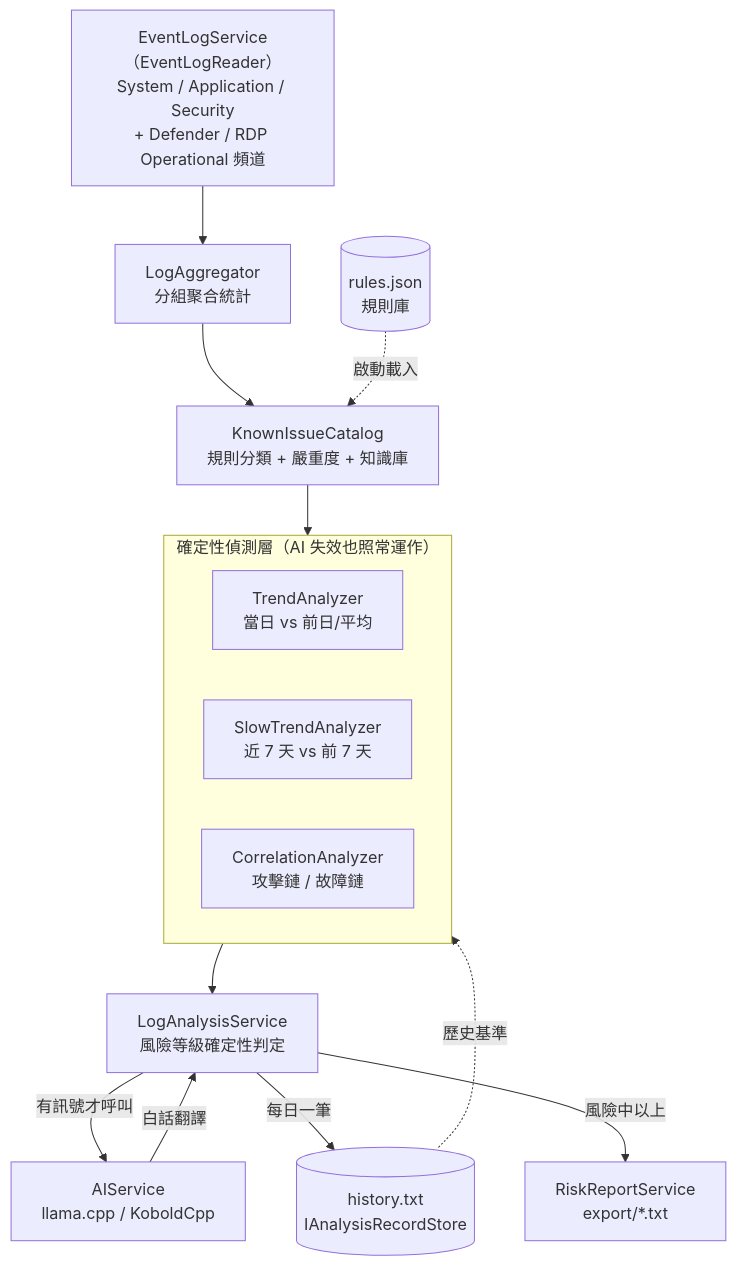
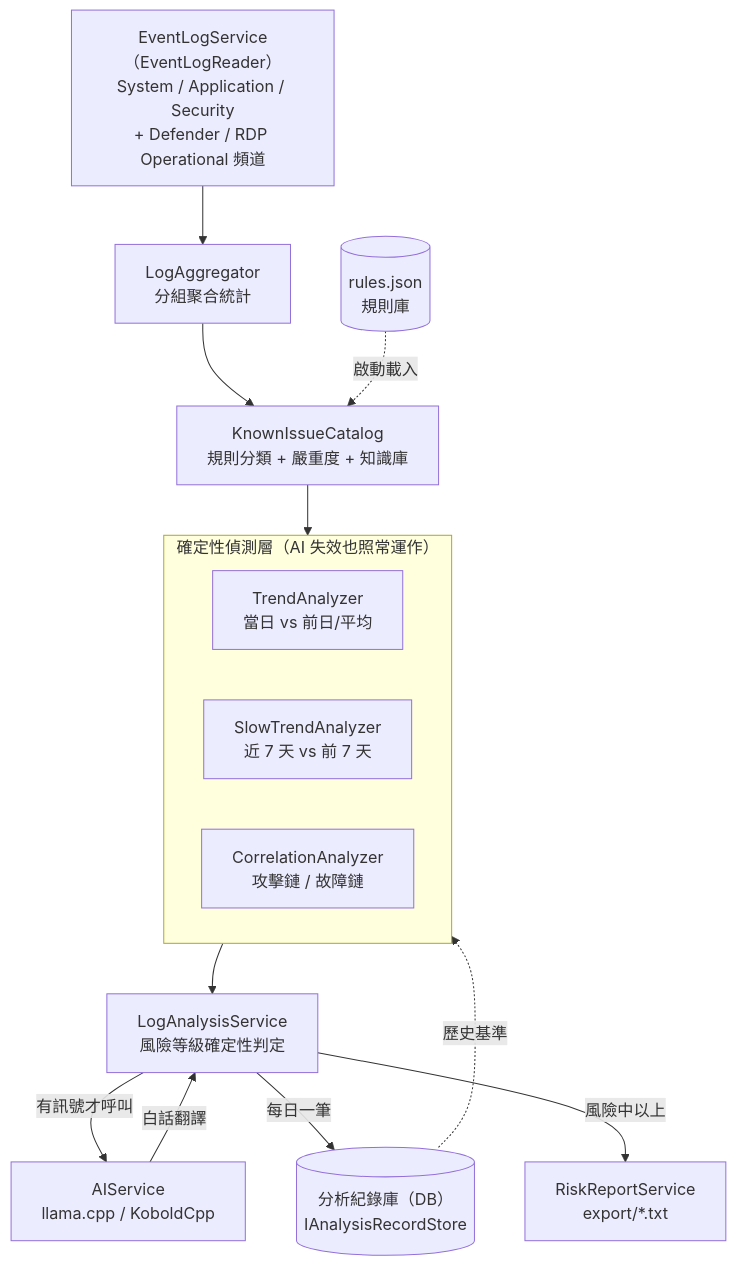
The diagram in README.md (darionnnnnn/LogForesight), drawn with Mermaid before and after one commit. The commit also changed other lines of this file and 142 other files, not shown here.

````diff
--- a/README.md
+++ b/README.md
@@ -45,30 +45,30 @@
 ```mermaid
 flowchart TD
     ELS["EventLogService（EventLogReader）<br/>System / Application / Security<br/>+ Defender / RDP Operational 頻道"]
     AGG["LogAggregator<br/>分組聚合統計"]
     RULES[("rules.json<br/>規則庫")]
     CAT["KnownIssueCatalog<br/>規則分類 + 嚴重度 + 知識庫"]
 
     subgraph DET["確定性偵測層（AI 失效也照常運作）"]
         direction LR
         TREND["TrendAnalyzer<br/>當日 vs 前日/平均"]
         SLOW["SlowTrendAnalyzer<br/>近 7 天 vs 前 7 天"]
         CORR["CorrelationAnalyzer<br/>攻擊鏈 / 故障鏈"]
     end
 
     RISK["LogAnalysisService<br/>風險等級確定性判定"]
     AI["AIService<br/>llama.cpp / KoboldCpp"]
-    HIST[("history.txt<br/>IAnalysisRecordStore")]
+    HIST[("分析紀錄庫（DB）<br/>IAnalysisRecordStore")]
     REPORT["RiskReportService<br/>export/*.txt"]
 
     ELS --> AGG
     AGG --> CAT
     CAT --> DET
     DET --> RISK
     RULES -. 啟動載入 .-> CAT
     HIST -. 歷史基準 .-> DET
     RISK -- 有訊號才呼叫 --> AI
     AI -- 白話翻譯 --> RISK
     RISK -- 每日一筆 --> HIST
     RISK -- 風險中以上 --> REPORT
 ```
````
